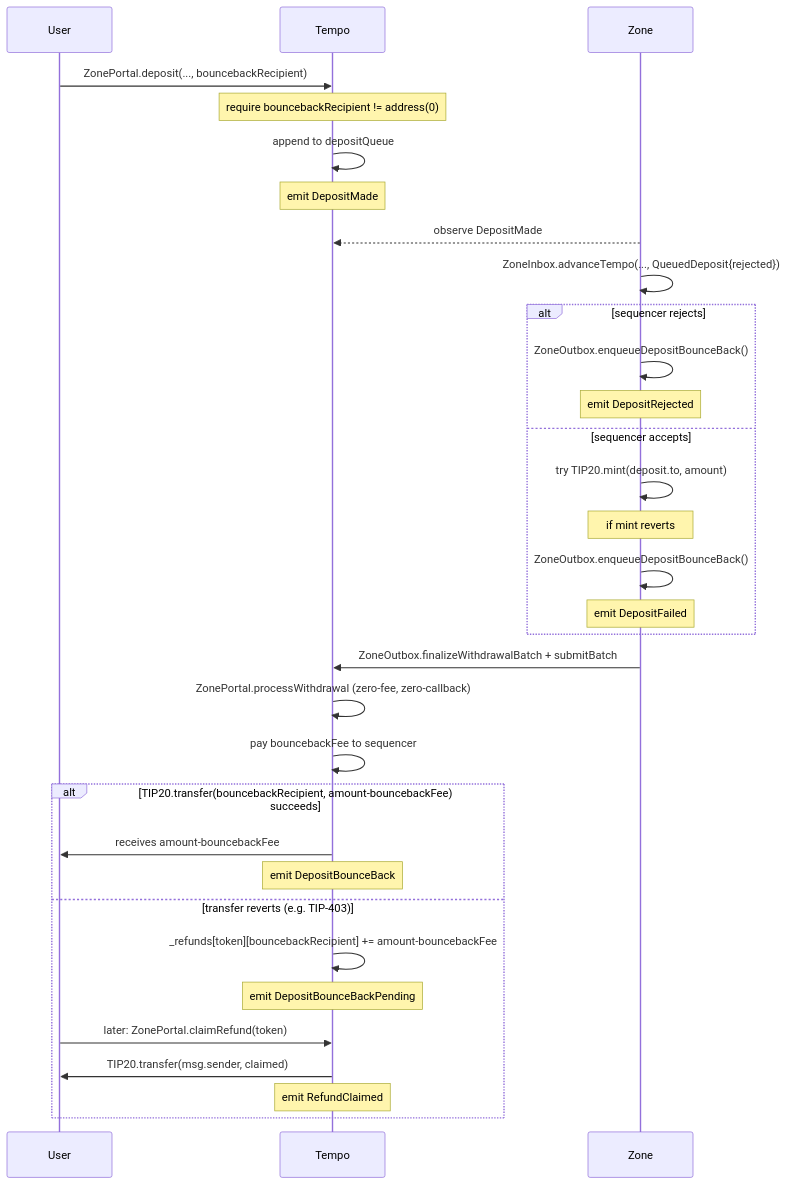
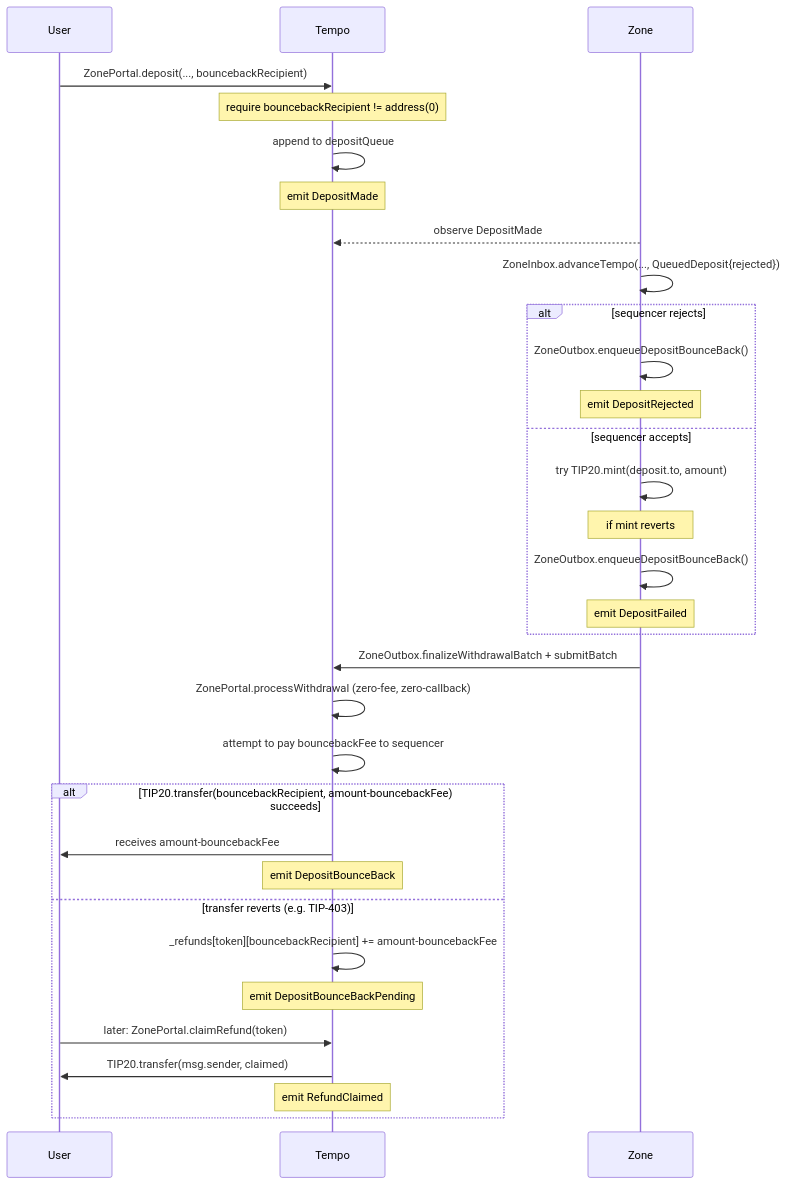
Before and after one commit to mablr/zones: the fourth of 6 diagrams in specs/spec.md, drawn with Mermaid. The commit also changed other lines of this file and 3 other files, not shown here.

````diff
--- a/specs/spec.md
+++ b/specs/spec.md
@@ -511,35 +511,35 @@
 ```mermaid
 sequenceDiagram
     participant U as User
     participant T as Tempo
     participant Z as Zone
 
     U->>T: ZonePortal.deposit(..., bouncebackRecipient)
     Note over T: require bouncebackRecipient != address(0)
     T->>T: append to depositQueue
     Note over T: emit DepositMade
     Z-->>T: observe DepositMade
     Z->>Z: ZoneInbox.advanceTempo(..., QueuedDeposit{rejected})
     alt sequencer rejects
         Z->>Z: ZoneOutbox.enqueueDepositBounceBack()
         Note over Z: emit DepositRejected
     else sequencer accepts
         Z->>Z: try TIP20.mint(deposit.to, amount)
         Note over Z: if mint reverts
         Z->>Z: ZoneOutbox.enqueueDepositBounceBack()
         Note over Z: emit DepositFailed
     end
     Z->>T: ZoneOutbox.finalizeWithdrawalBatch + submitBatch
     T->>T: ZonePortal.processWithdrawal (zero-fee, zero-callback)
-    T->>T: pay bouncebackFee to sequencer
+    T->>T: attempt to pay bouncebackFee to sequencer
     alt TIP20.transfer(bouncebackRecipient, amount-bouncebackFee) succeeds
         T->>U: receives amount-bouncebackFee
         Note over T: emit DepositBounceBack
     else transfer reverts (e.g. TIP-403)
         T->>T: _refunds[token][bouncebackRecipient] += amount-bouncebackFee
         Note over T: emit DepositBounceBackPending
         U->>T: later: ZonePortal.claimRefund(token)
         T->>U: TIP20.transfer(msg.sender, claimed)
         Note over T: emit RefundClaimed
     end
 ```
````
